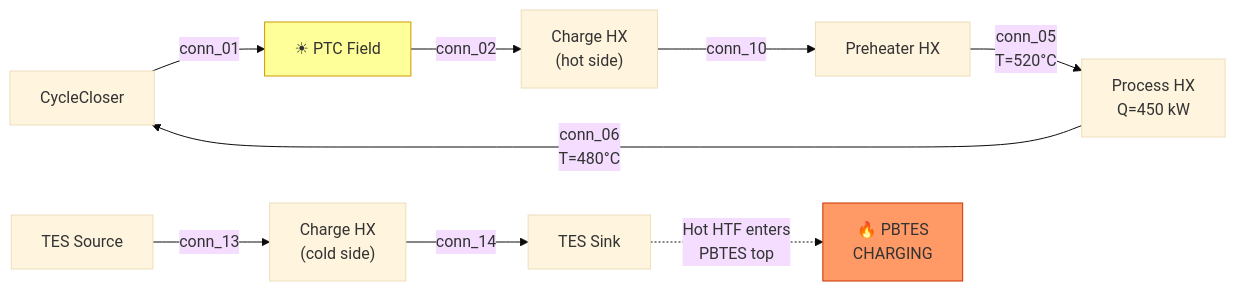
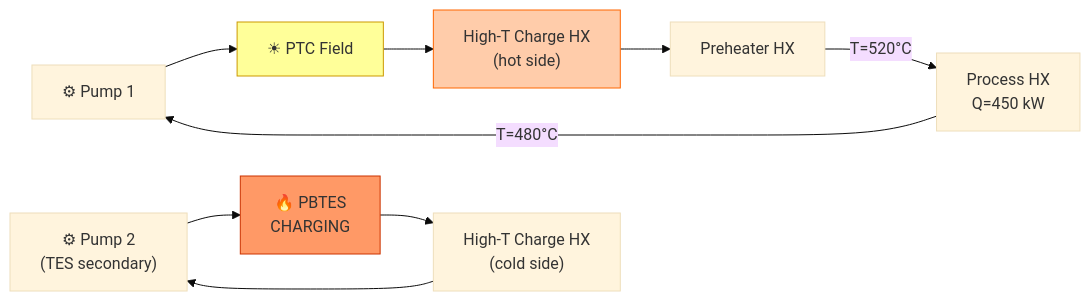
Before and after one commit to iwolde/pbtes-sim: diagram 13 of 17 in insumos paper/PLANT_LAYOUTS_AND_MODES.md, drawn with Mermaid (base theme). The commit also changed other lines of this file and 1 other file, not shown here.

````diff
--- a/insumos paper/PLANT_LAYOUTS_AND_MODES.md
+++ b/insumos paper/PLANT_LAYOUTS_AND_MODES.md
@@ -403,16 +451,16 @@
 ```mermaid
 graph LR
-    CC["CycleCloser"] -->|conn_01| PTC["☀ PTC Field"]
-    PTC -->|conn_02| CHX_H["Charge HX<br/>(hot side)"]
-    CHX_H -->|conn_10| PH["Preheater HX"]
-    PH -->|conn_05<br/>T=520°C| PR["Process HX<br/>Q=450 kW"]
-    PR -->|conn_06<br/>T=480°C| CC
+    P1["⚙ Pump 1"] --> PTC["☀ PTC Field"]
+    PTC --> HT_H["High-T Charge HX<br/>(hot side)"]
+    HT_H --> PH["Preheater HX"]
+    PH -->|"T=520°C"| PR["Process HX<br/>Q=450 kW"]
+    PR -->|"T=480°C"| P1
 
-    SRC["TES Source"] -->|conn_13| CHX_C["Charge HX<br/>(cold side)"]
-    CHX_C -->|conn_14| SNK["TES Sink"]
-
-    SNK -.->|"Hot HTF enters<br/>PBTES top"| PBTES["🔥 PBTES<br/>CHARGING"]
+    P2["⚙ Pump 2<br/>(TES secondary)"] --> PBTES["🔥 PBTES<br/>CHARGING"]
+    PBTES --> HT_C["High-T Charge HX<br/>(cold side)"]
+    HT_C --> P2
 
     style PTC fill:#ff9,stroke:#c90
     style PBTES fill:#f96,stroke:#c30
+    style HT_H fill:#fca,stroke:#f60
 ```
````
